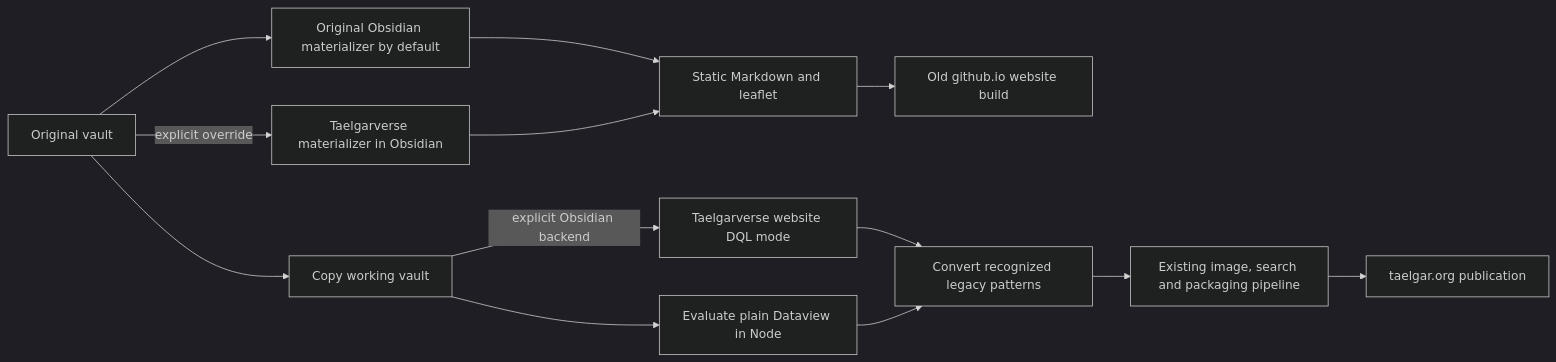
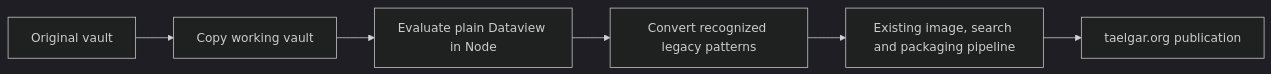
One commit to msackton/taelgarverse-core changed the diagram in docs/publishing-pipelines.md. Above: the diagram before and after it, drawn with Mermaid (dark theme). The commit also changed other lines of this file and 29 other files, not shown here.

Commit message:
Retire static export and Obsidian Dataview publishing

````diff
--- a/docs/publishing-pipelines.md
+++ b/docs/publishing-pipelines.md
@@ -20,15 +7,8 @@
 ```mermaid
 flowchart LR
-    V[Original vault] --> L[Original Obsidian materializer by default]
-    L --> M[Static Markdown and leaflet]
-    V -->|explicit override| O[Taelgarverse materializer in Obsidian]
-    O --> M[Static Markdown and leaflet]
-    M --> S[Old github.io website build]
-    V --> C[Copy working vault]
+    V[Original vault] --> C[Copy working vault]
     C --> D[Evaluate plain Dataview in Node]
-    C -->|explicit Obsidian backend| WQ[Taelgarverse website DQL mode]
-    WQ --> X[Convert recognized legacy patterns]
     D --> X[Convert recognized legacy patterns]
     X --> P[Existing image, search and packaging pipeline]
     P --> N[taelgar.org publication]
 ```
````
